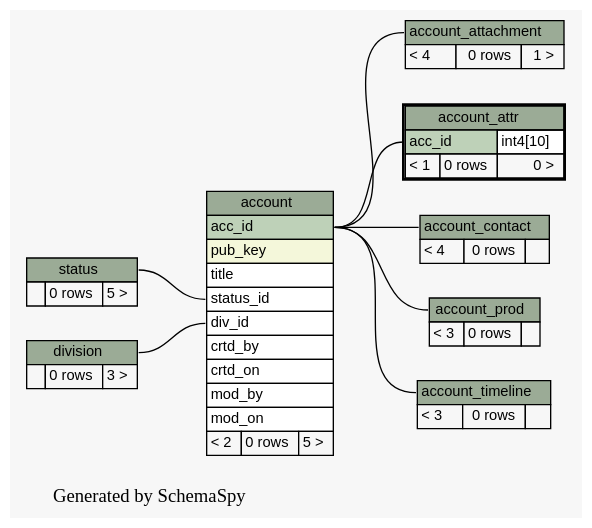
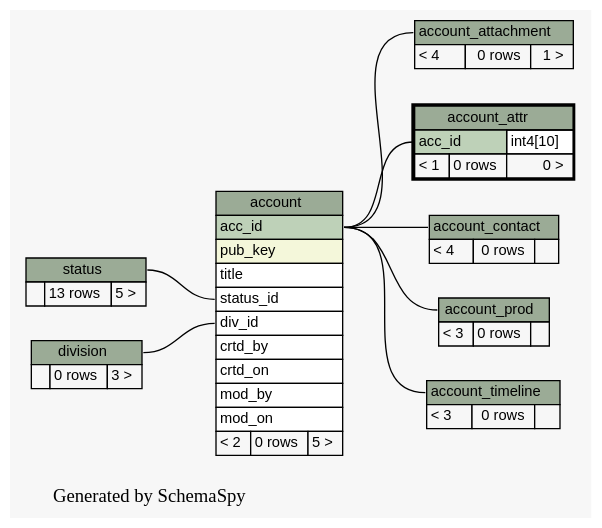
One commit to engineerscraft/salesforce changed the diagram in docs/database/schemaspy/graphs/account_attr.2degrees.dot. Above: the diagram before and after it, drawn with Graphviz. The commit also changed 160 other files, not shown here.

```diff
--- a/docs/database/schemaspy/graphs/account_attr.2degrees.dot
+++ b/docs/database/schemaspy/graphs/account_attr.2degrees.dot
@@ -1,106 +1,106 @@
 // dot 2.38.0 on Windows 7 6.1
 digraph "twoDegreesRelationshipsGraph" {
   graph [
     rankdir="RL"
     bgcolor="#f7f7f7"
     label="\nGenerated by SchemaSpy"
     labeljust="l"
   ];
   node [
     fontname="Helvetica"
     fontsize="11"
     shape="plaintext"
   ];
   edge [
     arrowsize="0.8"
   ];
   "account":"div_id":w -> "division":"division.heading":e [arrowtail=crowtee arrowhead=none];
   "account":"status_id":w -> "status":"status.heading":e [arrowtail=crowtee arrowhead=none];
   "account_attachment":"account_attachment.heading":w -> "account":"acc_id":e [arrowtail=crowtee arrowhead=none];
   "account_attr":"acc_id":w -> "account":"acc_id":e [arrowtail=tee arrowhead=none];
   "account_contact":"account_contact.heading":w -> "account":"acc_id":e [arrowtail=crowtee arrowhead=none];
   "account_prod":"account_prod.heading":w -> "account":"acc_id":e [arrowtail=crowtee arrowhead=none];
   "account_timeline":"account_timeline.heading":w -> "account":"acc_id":e [arrowtail=crowtee arrowhead=none];
   "account" [
     label=<
     <TABLE BORDER="0" CELLBORDER="1" CELLSPACING="0" BGCOLOR="#ffffff">
       <TR><TD PORT="account.heading" COLSPAN="3" BGCOLOR="#9bab96" ALIGN="CENTER">account</TD></TR>
       <TR><TD PORT="acc_id" COLSPAN="3" BGCOLOR="#bed1b8" ALIGN="LEFT">acc_id</TD></TR>
       <TR><TD PORT="pub_key" COLSPAN="3" BGCOLOR="#f4f7da" ALIGN="LEFT">pub_key</TD></TR>
       <TR><TD PORT="title" COLSPAN="3" ALIGN="LEFT">title</TD></TR>
       <TR><TD PORT="status_id" COLSPAN="3" ALIGN="LEFT">status_id</TD></TR>
       <TR><TD PORT="div_id" COLSPAN="3" ALIGN="LEFT">div_id</TD></TR>
       <TR><TD PORT="crtd_by" COLSPAN="3" ALIGN="LEFT">crtd_by</TD></TR>
       <TR><TD PORT="crtd_on" COLSPAN="3" ALIGN="LEFT">crtd_on</TD></TR>
       <TR><TD PORT="mod_by" COLSPAN="3" ALIGN="LEFT">mod_by</TD></TR>
       <TR><TD PORT="mod_on" COLSPAN="3" ALIGN="LEFT">mod_on</TD></TR>
       <TR><TD ALIGN="LEFT" BGCOLOR="#f7f7f7">&lt; 2</TD><TD ALIGN="RIGHT" BGCOLOR="#f7f7f7">0 rows</TD><TD ALIGN="RIGHT" BGCOLOR="#f7f7f7">5 &gt;</TD></TR>
     </TABLE>>
     URL="account.html#graph"
     tooltip="account"
   ];
   "account_attachment" [
     label=<
     <TABLE BORDER="0" CELLBORDER="1" CELLSPACING="0" BGCOLOR="#ffffff">
       <TR><TD PORT="account_attachment.heading" COLSPAN="3" BGCOLOR="#9bab96" ALIGN="CENTER">account_attachment</TD></TR>
       <TR><TD ALIGN="LEFT" BGCOLOR="#f7f7f7">&lt; 4</TD><TD ALIGN="RIGHT" BGCOLOR="#f7f7f7">0 rows</TD><TD ALIGN="RIGHT" BGCOLOR="#f7f7f7">1 &gt;</TD></TR>
     </TABLE>>
     URL="account_attachment.html#graph"
     tooltip="account_attachment"
   ];
   "account_attr" [
     label=<
     <TABLE BORDER="2" CELLBORDER="1" CELLSPACING="0" BGCOLOR="#ffffff">
       <TR><TD PORT="account_attr.heading" COLSPAN="3" BGCOLOR="#9bab96" ALIGN="CENTER">account_attr</TD></TR>
       <TR><TD PORT="acc_id" COLSPAN="2" BGCOLOR="#bed1b8" ALIGN="LEFT">acc_id</TD><TD PORT="acc_id.type" ALIGN="LEFT">int4[10]</TD></TR>
       <TR><TD ALIGN="LEFT" BGCOLOR="#f7f7f7">&lt; 1</TD><TD ALIGN="RIGHT" BGCOLOR="#f7f7f7">0 rows</TD><TD ALIGN="RIGHT" BGCOLOR="#f7f7f7">0 &gt;</TD></TR>
     </TABLE>>
     URL="account_attr.html#"
     tooltip="account_attr"
   ];
   "account_contact" [
     label=<
     <TABLE BORDER="0" CELLBORDER="1" CELLSPACING="0" BGCOLOR="#ffffff">
       <TR><TD PORT="account_contact.heading" COLSPAN="3" BGCOLOR="#9bab96" ALIGN="CENTER">account_contact</TD></TR>
       <TR><TD ALIGN="LEFT" BGCOLOR="#f7f7f7">&lt; 4</TD><TD ALIGN="RIGHT" BGCOLOR="#f7f7f7">0 rows</TD><TD ALIGN="RIGHT" BGCOLOR="#f7f7f7">  </TD></TR>
     </TABLE>>
     URL="account_contact.html#graph"
     tooltip="account_contact"
   ];
   "account_prod" [
     label=<
     <TABLE BORDER="0" CELLBORDER="1" CELLSPACING="0" BGCOLOR="#ffffff">
       <TR><TD PORT="account_prod.heading" COLSPAN="3" BGCOLOR="#9bab96" ALIGN="CENTER">account_prod</TD></TR>
       <TR><TD ALIGN="LEFT" BGCOLOR="#f7f7f7">&lt; 3</TD><TD ALIGN="RIGHT" BGCOLOR="#f7f7f7">0 rows</TD><TD ALIGN="RIGHT" BGCOLOR="#f7f7f7">  </TD></TR>
     </TABLE>>
     URL="account_prod.html#graph"
     tooltip="account_prod"
   ];
   "account_timeline" [
     label=<
     <TABLE BORDER="0" CELLBORDER="1" CELLSPACING="0" BGCOLOR="#ffffff">
       <TR><TD PORT="account_timeline.heading" COLSPAN="3" BGCOLOR="#9bab96" ALIGN="CENTER">account_timeline</TD></TR>
       <TR><TD ALIGN="LEFT" BGCOLOR="#f7f7f7">&lt; 3</TD><TD ALIGN="RIGHT" BGCOLOR="#f7f7f7">0 rows</TD><TD ALIGN="RIGHT" BGCOLOR="#f7f7f7">  </TD></TR>
     </TABLE>>
     URL="account_timeline.html#graph"
     tooltip="account_timeline"
   ];
   "division" [
     label=<
     <TABLE BORDER="0" CELLBORDER="1" CELLSPACING="0" BGCOLOR="#ffffff">
       <TR><TD PORT="division.heading" COLSPAN="3" BGCOLOR="#9bab96" ALIGN="CENTER">division</TD></TR>
       <TR><TD ALIGN="LEFT" BGCOLOR="#f7f7f7">  </TD><TD ALIGN="RIGHT" BGCOLOR="#f7f7f7">0 rows</TD><TD ALIGN="RIGHT" BGCOLOR="#f7f7f7">3 &gt;</TD></TR>
     </TABLE>>
     URL="division.html#graph"
     tooltip="division"
   ];
   "status" [
     label=<
     <TABLE BORDER="0" CELLBORDER="1" CELLSPACING="0" BGCOLOR="#ffffff">
       <TR><TD PORT="status.heading" COLSPAN="3" BGCOLOR="#9bab96" ALIGN="CENTER">status</TD></TR>
-      <TR><TD ALIGN="LEFT" BGCOLOR="#f7f7f7">  </TD><TD ALIGN="RIGHT" BGCOLOR="#f7f7f7">0 rows</TD><TD ALIGN="RIGHT" BGCOLOR="#f7f7f7">5 &gt;</TD></TR>
+      <TR><TD ALIGN="LEFT" BGCOLOR="#f7f7f7">  </TD><TD ALIGN="RIGHT" BGCOLOR="#f7f7f7">13 rows</TD><TD ALIGN="RIGHT" BGCOLOR="#f7f7f7">5 &gt;</TD></TR>
     </TABLE>>
     URL="status.html#graph"
     tooltip="status"
   ];
 }
```
